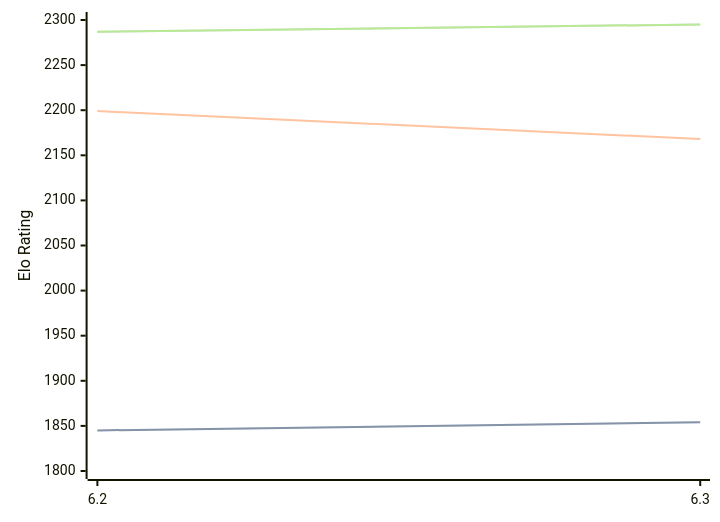
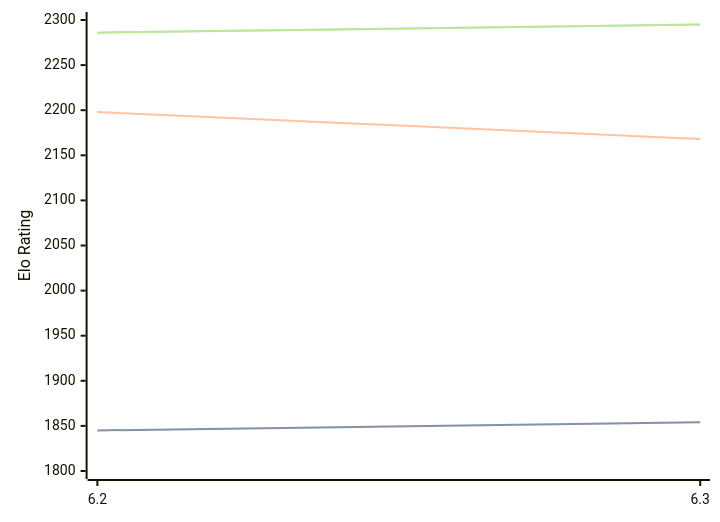
The diagram in engines/chess4j.md (computer-chess-index/cci), drawn with Mermaid before and after one commit. The commit also changed other lines of this file, not shown here.

Commit message:
Update CCI Ratings (ELO VLTC) - 2026-08-11

````diff
--- a/engines/chess4j.md
+++ b/engines/chess4j.md
@@ -32,11 +32,11 @@
 ```mermaid
 %%{init: {"theme":"base","themeVariables":{"seriesColors:['#a3a3a3','#222221','#faa371']}}}%%
 xychart-beta
   x-axis ["6.2", "6.3"]
   y-axis "Elo Rating" 1800 --> 2300
   line "STC (8.0+0.08s)" [1845, 1854]
   line "STC (8.0+0.08s)" [1845, 1854]
-  line "LTC (60.0+0.60s)" [2199, 2168]
-  line "VLTC (2m24s+1.12s)" [2287, 2295]
-  line "VLTC (2m24s+1.12s)" [2287, 2295]
+  line "LTC (60.0+0.60s)" [2198, 2168]
+  line "VLTC (2m24s+1.12s)" [2286, 2295]
+  line "VLTC (2m24s+1.12s)" [2286, 2295]
 ```
````
